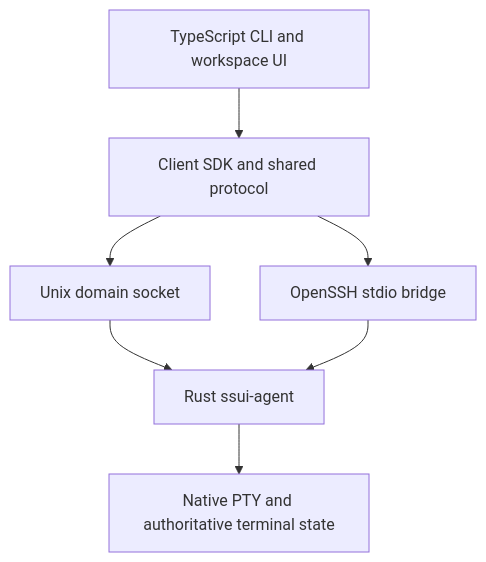
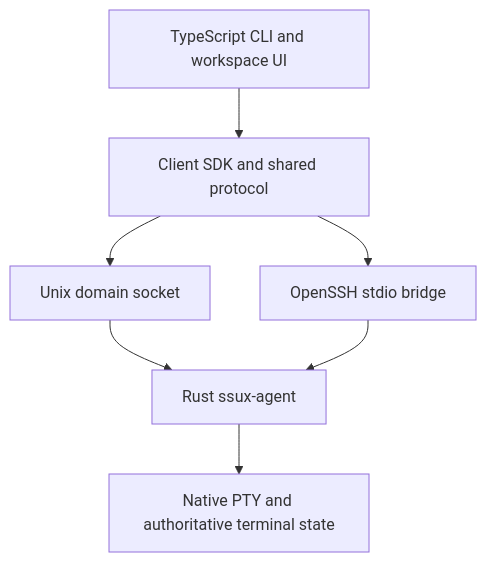
Before and after one commit to codevilot/rucan: the diagram in docs/architecture.md, drawn with Mermaid. The commit also changed 61 other files, not shown here.

Commit message:
chore: rename SSUI to SSUX

````diff
--- a/docs/architecture.md
+++ b/docs/architecture.md
@@ -3,9 +3,9 @@
 ```mermaid
 flowchart TD
   UI[TypeScript CLI and workspace UI] --> SDK[Client SDK and shared protocol]
   SDK --> Local[Unix domain socket]
   SDK --> SSH[OpenSSH stdio bridge]
-  Local --> Agent[Rust ssui-agent]
+  Local --> Agent[Rust ssux-agent]
   SSH --> Agent
   Agent --> PTY[Native PTY and authoritative terminal state]
 ```
````
